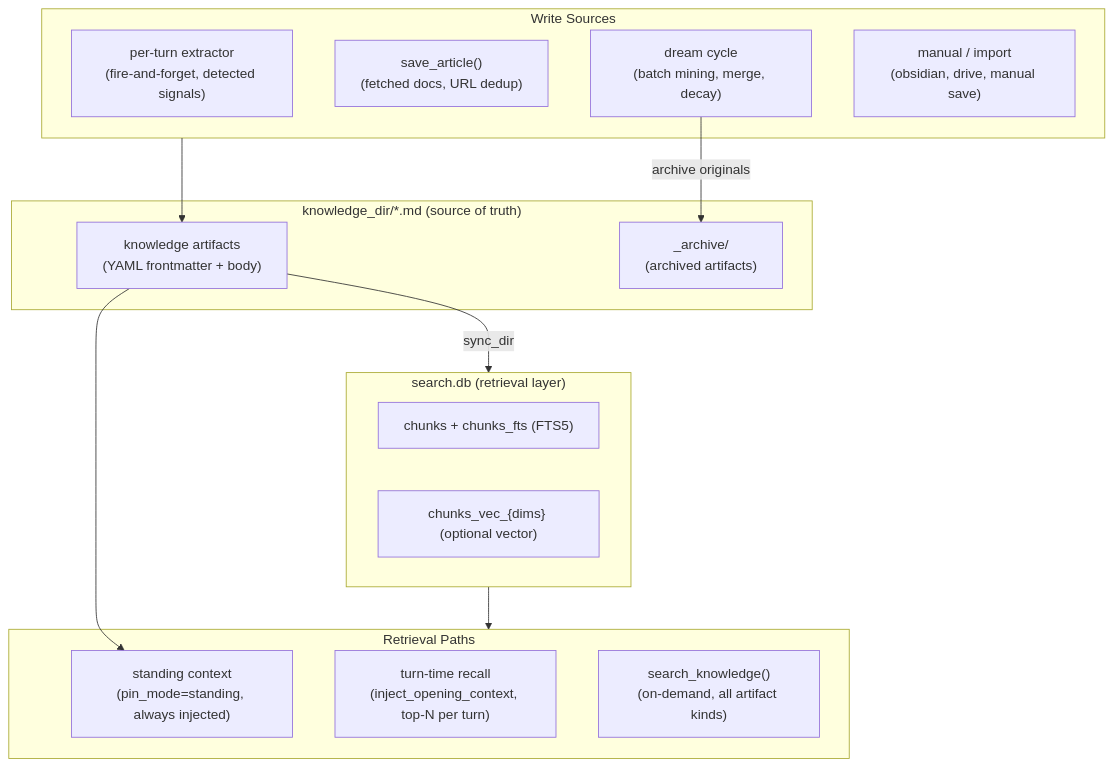
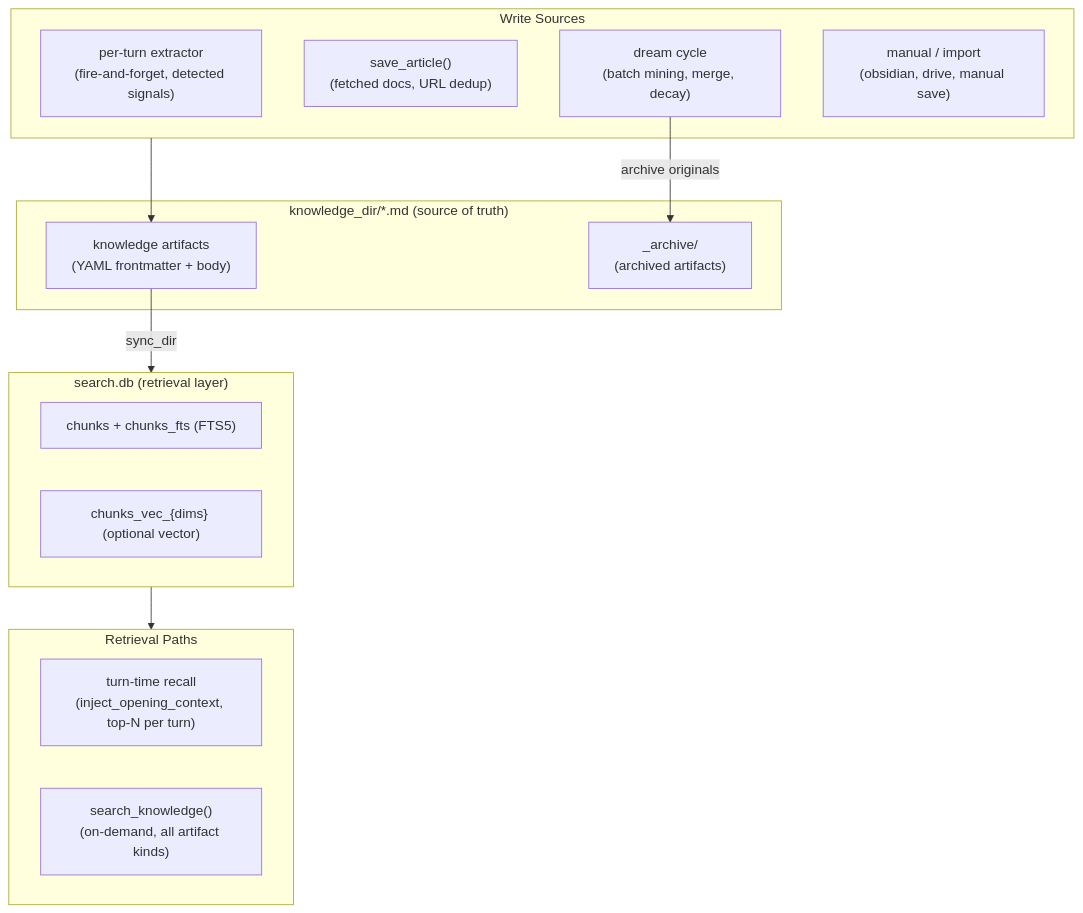
The diagram in docs/specs/knowledge.md (binlecode/co-cli), drawn with Mermaid before and after one commit. The commit also changed other lines of this file and 15 other files, not shown here.

First line of the commit message:
refactor: remove dead standing-artifacts injection logic (v0.7.175)

````diff
--- a/docs/specs/knowledge.md
+++ b/docs/specs/knowledge.md
@@ -37,31 +37,29 @@
 ```mermaid
 flowchart TD
     subgraph Disk["knowledge_dir/*.md (source of truth)"]
         Artifacts["knowledge artifacts\n(YAML frontmatter + body)"]
         Archive["_archive/\n(archived artifacts)"]
     end
 
     subgraph DB["search.db (retrieval layer)"]
         Chunks["chunks + chunks_fts (FTS5)"]
         ChunksVec["chunks_vec_{dims} (optional vector)"]
     end
 
     subgraph Retrieval["Retrieval Paths"]
-        Standing["standing context\n(pin_mode=standing, always injected)"]
         TurnRecall["turn-time recall\n(inject_opening_context, top-N per turn)"]
         ExplicitSearch["search_knowledge()\n(on-demand, all artifact kinds)"]
     end
 
     subgraph Sources["Write Sources"]
         Extractor["per-turn extractor\n(fire-and-forget, detected signals)"]
         SaveArticle["save_article()\n(fetched docs, URL dedup)"]
         DreamCycle["dream cycle\n(batch mining, merge, decay)"]
         ManualWrite["manual / import\n(obsidian, drive, manual save)"]
     end
 
     Sources --> Artifacts
     Artifacts -->|sync_dir| DB
     DreamCycle -->|archive originals| Archive
     DB --> Retrieval
-    Artifacts --> Standing
 ```
````
